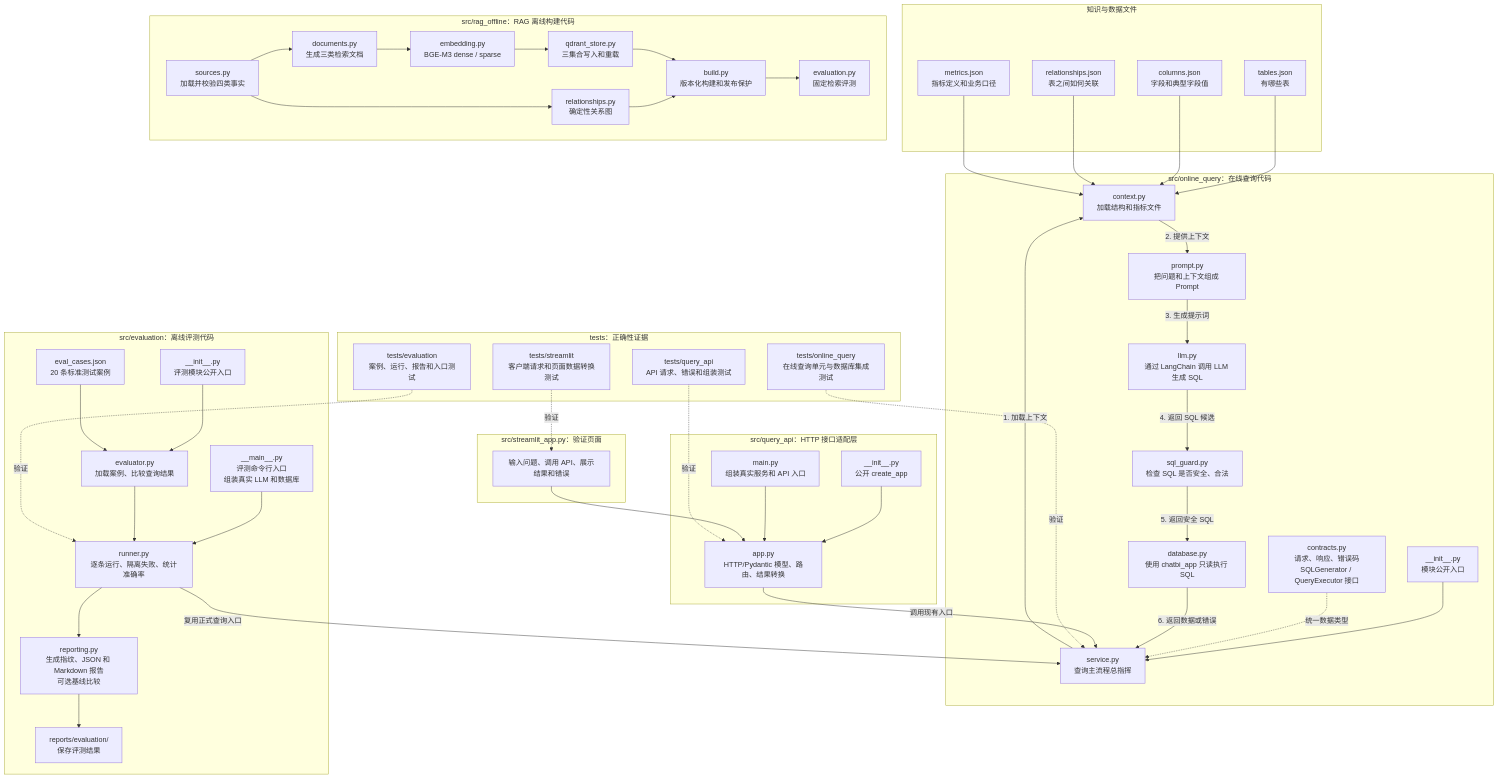
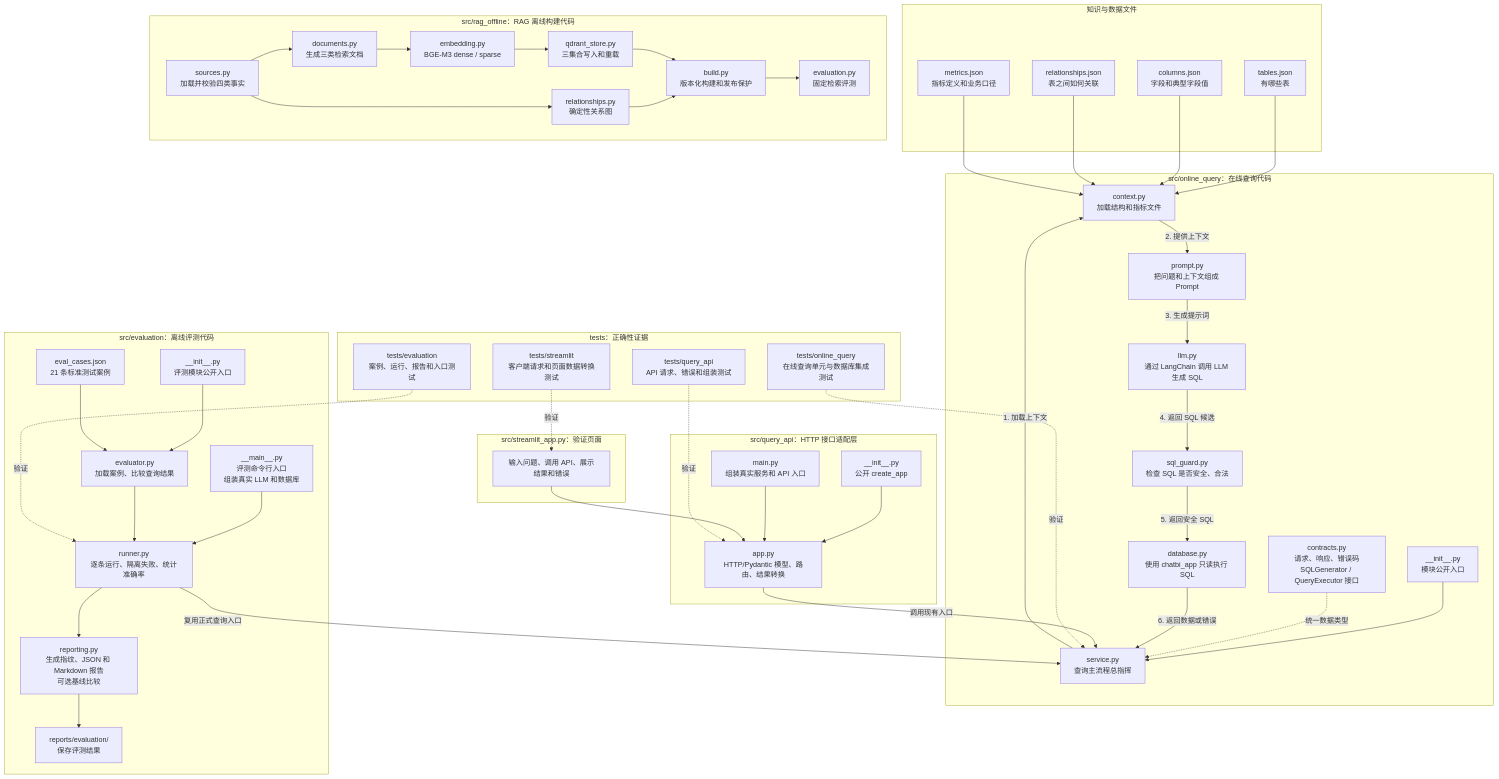
The second of 3 diagrams in docs/architecture.md (K999999999999/chatbi), drawn with Mermaid before and after one commit. The commit also changed other lines of this file and 21 other files, not shown here.

```diff
--- a/docs/architecture.md
+++ b/docs/architecture.md
@@ -130,7 +130,7 @@
     subgraph Evaluation["src/evaluation：离线评测代码"]
         EInit["__init__.py<br/>评测模块公开入口"]
         Entry["__main__.py<br/>评测命令行入口<br/>组装真实 LLM 和数据库"]
-        Cases["eval_cases.json<br/>20 条标准测试案例"]
+        Cases["eval_cases.json<br/>21 条标准测试案例"]
         Evaluator["evaluator.py<br/>加载案例、比较查询结果"]
         Runner["runner.py<br/>逐条运行、隔离失败、统计准确率"]
         Reporting["reporting.py<br/>生成指纹、JSON 和 Markdown 报告<br/>可选基线比较"]
```
